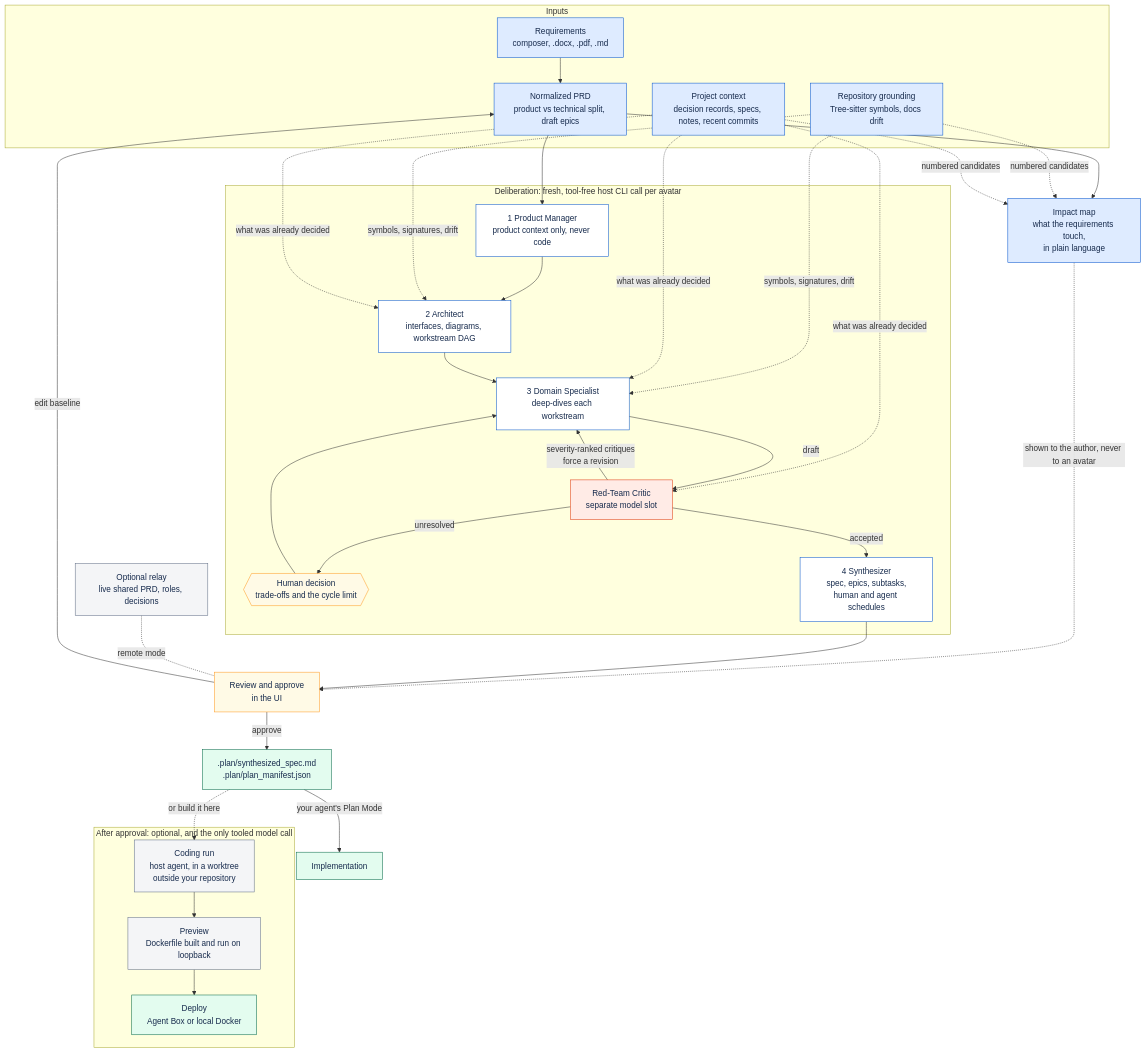
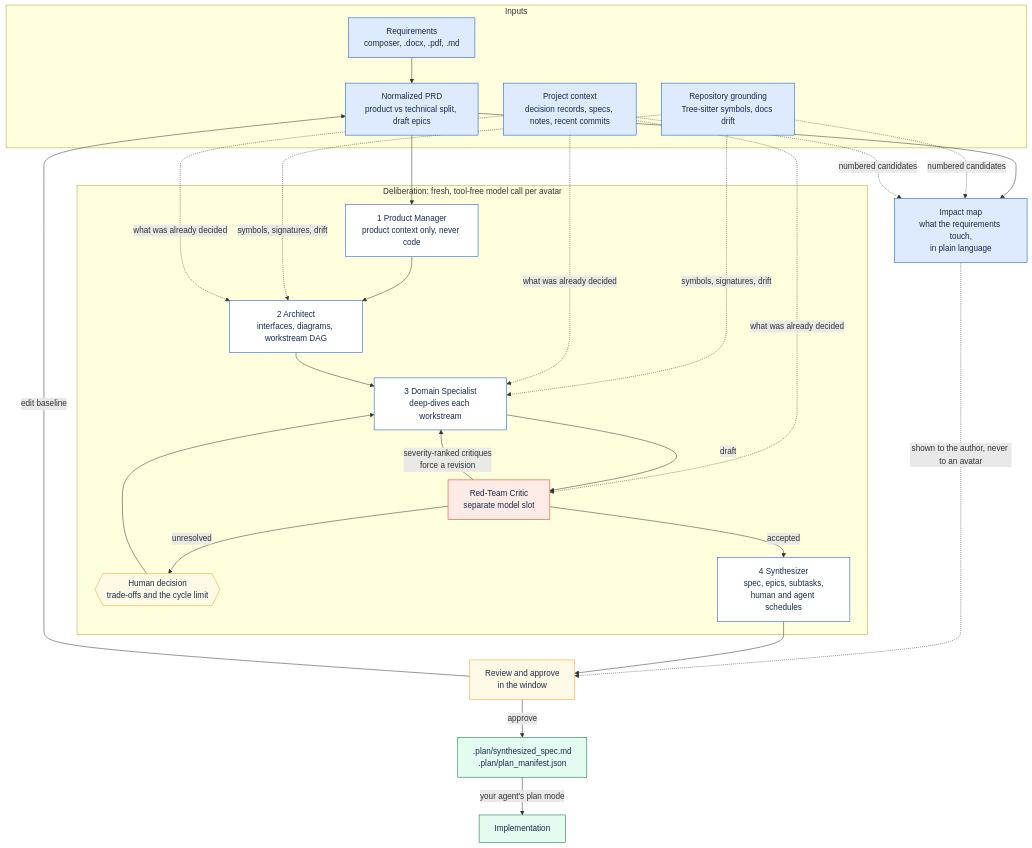
The diagram in docs/usage.md (danielckv/agentic-plan-forge), drawn with Mermaid before and after one commit. The commit also changed other lines of this file and 60 other files, not shown here.

````diff
--- a/docs/usage.md
+++ b/docs/usage.md
@@ -10,63 +8,52 @@
 ```mermaid
 flowchart TD
     classDef input fill:#DEEBFF,stroke:#0052CC,color:#172B4D
     classDef avatar fill:#FFFFFF,stroke:#0052CC,color:#172B4D
     classDef critic fill:#FFEBE6,stroke:#DE350B,color:#172B4D
     classDef output fill:#E3FCEF,stroke:#006644,color:#172B4D
     classDef human fill:#FFFAE6,stroke:#FF991F,color:#172B4D
     classDef infra fill:#F4F5F7,stroke:#5E6C84,color:#172B4D
 
     subgraph IN["Inputs"]
         REQ["Requirements<br/>composer, .docx, .pdf, .md"]:::input
         PRD["Normalized PRD<br/>product vs technical split, draft epics"]:::input
         GROUND["Repository grounding<br/>Tree-sitter symbols, docs drift"]:::input
         CONTEXT["Project context<br/>decision records, specs, notes, recent commits"]:::input
     end
 
-    subgraph DELIB["Deliberation: fresh, tool-free host CLI call per avatar"]
+    subgraph DELIB["Deliberation: fresh, tool-free model call per avatar"]
         PM["1 Product Manager<br/>product context only, never code"]:::avatar
         ARCH["2 Architect<br/>interfaces, diagrams, workstream DAG"]:::avatar
         DOMAIN["3 Domain Specialist<br/>deep-dives each workstream"]:::avatar
         CRITIC["Red-Team Critic<br/>separate model slot"]:::critic
         DECIDE{{"Human decision<br/>trade-offs and the cycle limit"}}:::human
         SYNTH["4 Synthesizer<br/>spec, epics, subtasks,<br/>human and agent schedules"]:::avatar
     end
 
     MAP["Impact map<br/>what the requirements touch,<br/>in plain language"]:::input
-    RELAY["Optional relay<br/>live shared PRD, roles, decisions"]:::infra
-    REVIEW["Review and approve<br/>in the UI"]:::human
+    REVIEW["Review and approve<br/>in the window"]:::human
     OUT[".plan/synthesized_spec.md<br/>.plan/plan_manifest.json"]:::output
-
-    subgraph AFTER["After approval: optional, and the only tooled model call"]
-        CODE["Coding run<br/>host agent, in a worktree<br/>outside your repository"]:::infra
-        PREVIEW["Preview<br/>Dockerfile built and run on loopback"]:::infra
-        DEPLOY["Deploy<br/>Agent Box or local Docker"]:::output
-    end
 
     REQ --> PRD
     PRD --> MAP
     GROUND -. "numbered candidates" .-> MAP
     CONTEXT -. "numbered candidates" .-> MAP
     MAP -. "shown to the author, never to an avatar" .-> REVIEW
     PRD --> PM
     PM --> ARCH
     GROUND -. "symbols, signatures, drift" .-> ARCH
     GROUND -. "symbols, signatures, drift" .-> DOMAIN
     CONTEXT -. "what was already decided" .-> ARCH
     CONTEXT -. "what was already decided" .-> DOMAIN
     CONTEXT -. "what was already decided" .-> CRITIC
     ARCH --> DOMAIN
     DOMAIN -- "draft" --> CRITIC
     CRITIC -- "severity-ranked critiques<br/>force a revision" --> DOMAIN
     CRITIC -- "unresolved" --> DECIDE
     DECIDE --> DOMAIN
     CRITIC -- "accepted" --> SYNTH
     SYNTH --> REVIEW
-    RELAY -. "remote mode" .- REVIEW
     REVIEW -- "approve" --> OUT
     REVIEW -- "edit baseline" --> PRD
-    OUT -- "your agent's Plan Mode" --> PLANMODE["Implementation"]:::output
-    OUT -. "or build it here" .-> CODE
-    CODE --> PREVIEW
-    PREVIEW --> DEPLOY
+    OUT -- "your agent's plan mode" --> PLANMODE["Implementation"]:::output
 ```
````
